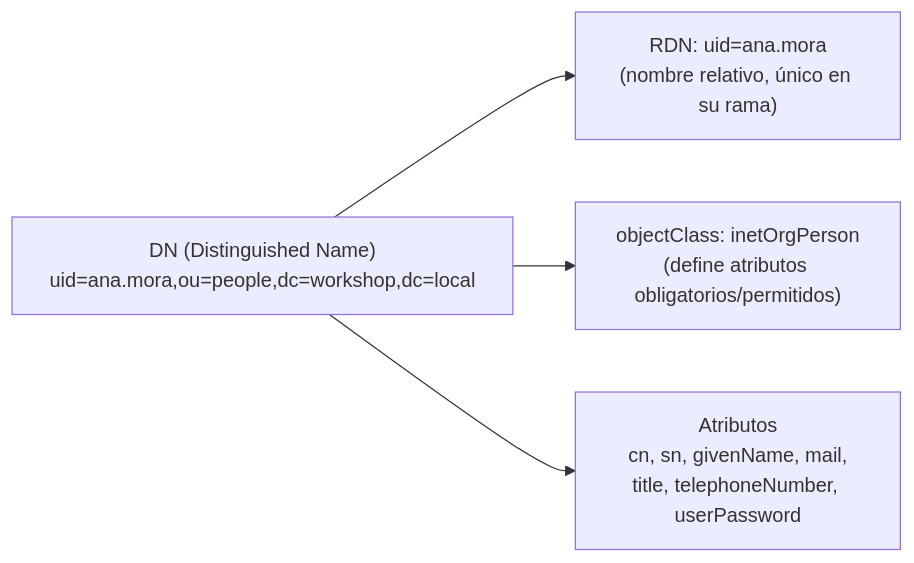
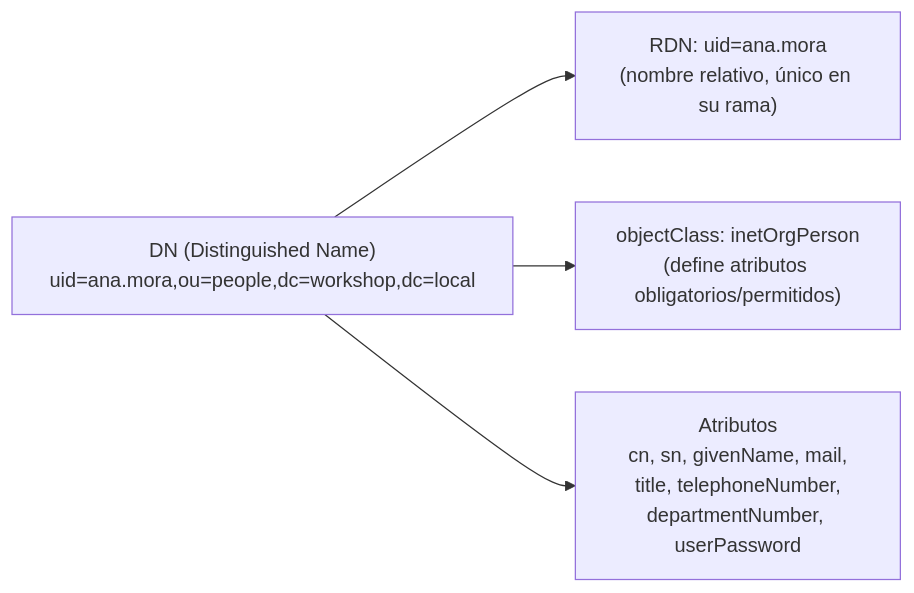
Before and after one commit to carlosmmairena/workshop-ldap: the sixth of 12 diagrams in README_FULL.md, drawn with Mermaid. The commit also changed other lines of this file and 2 other files, not shown here.

Commit message:
feat: agrega departmentNumber a usuarios y mapeo de campos del plugin

````diff
--- a/README_FULL.md
+++ b/README_FULL.md
@@ -174,7 +174,7 @@
 ```mermaid
 flowchart LR
     DN["DN (Distinguished Name)<br/>uid=ana.mora,ou=people,dc=workshop,dc=local"]
     DN --> RDN["RDN: uid=ana.mora<br/>(nombre relativo, único en su rama)"]
     DN --> OC["objectClass: inetOrgPerson<br/>(define atributos obligatorios/permitidos)"]
-    DN --> AT["Atributos<br/>cn, sn, givenName, mail,<br/>title, telephoneNumber, userPassword"]
+    DN --> AT["Atributos<br/>cn, sn, givenName, mail,<br/>title, telephoneNumber,<br/>departmentNumber, userPassword"]
 ```
````
